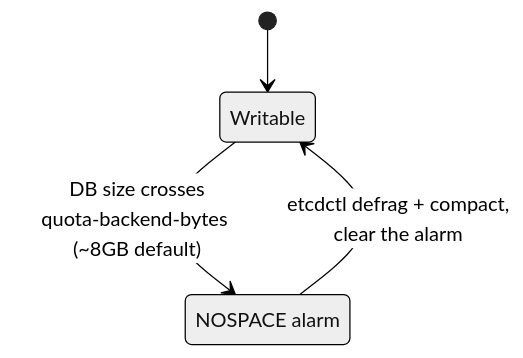
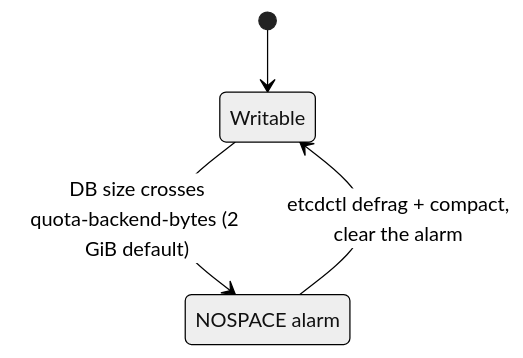
The fifth of 6 diagrams in src/main/java/com/rutik/systemdesign/devops/kubernetes_architecture/kubernetes_architecture.md (rppol/system-design), drawn with Mermaid (neutral theme) before and after one commit. The commit also changed other lines of this file and 32 other files, not shown here.

````diff
--- a/src/main/java/com/rutik/systemdesign/devops/kubernetes_architecture/kubernetes_architecture.md
+++ b/src/main/java/com/rutik/systemdesign/devops/kubernetes_architecture/kubernetes_architecture.md
@@ -283,7 +284,7 @@
 ```mermaid
 stateDiagram-v2
     [*] --> Writable
     state "NOSPACE alarm" as NS
-    Writable --> NS: DB size crosses<br/>quota-backend-bytes (~8GB default)
+    Writable --> NS: DB size crosses<br/>quota-backend-bytes (2 GiB default)
     NS --> Writable: etcdctl defrag + compact,<br/>clear the alarm
 ```
````
